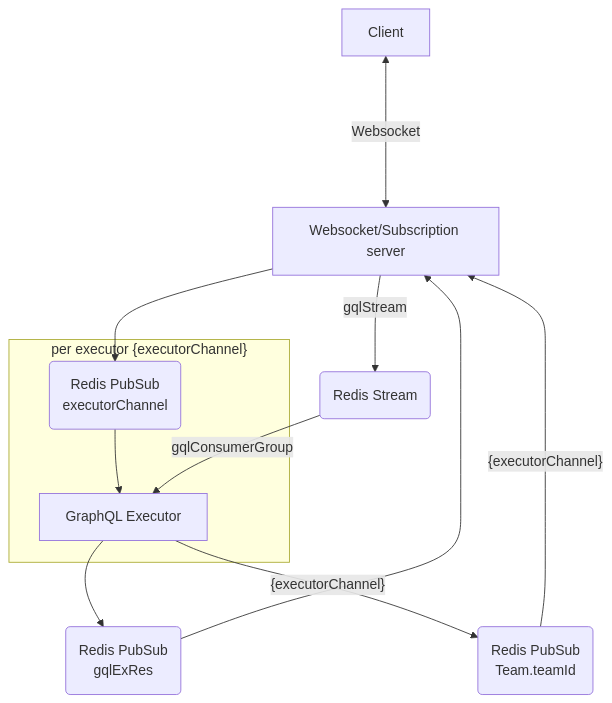
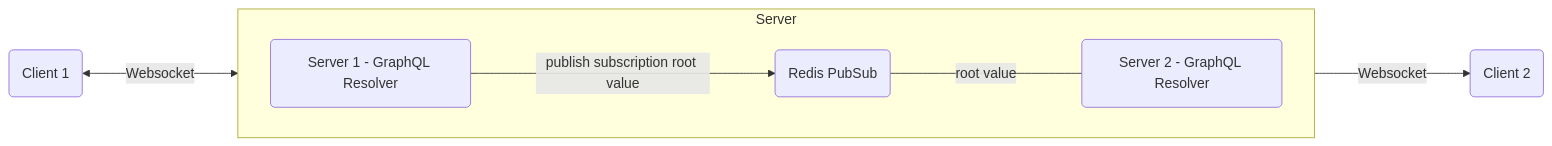
The first of 2 diagrams in docs/serviceDiagram.md (ParabolInc/parabol), drawn with Mermaid before and after one commit. The commit also changed other lines of this file, not shown here.

Commit message:
chore: Update service diagram (#11168)

````diff
--- a/docs/serviceDiagram.md
+++ b/docs/serviceDiagram.md
@@ -9,23 +10,18 @@
 ```mermaid
-flowchart TD
-  Client
-  Server[Websocket/Subscription server]
-  RedisStream(Redis Stream)
-  RedisResultPubSub(Redis PubSub\ngqlExRes)
-  RedisSubscriptionPubSub(Redis PubSub\nTeam.teamId)
-  subgraph "per executor {executorChannel}"
-    GQLExecutor[GraphQL Executor]
-    RedisServerPubSub(Redis PubSub\nexecutorChannel)
-    RedisServerPubSub --> GQLExecutor
-  end
+flowchart LR
+  Client1(Client 1)
+  Client2(Client 2)
+  Server1(Server 1 - GraphQL Resolver)
+  Server2(Server 2 - GraphQL Resolver)
+  RedisSubscriptionPubSub(Redis PubSub)
 
-  click Server "../packages/server/server.ts"
+  click Server1 "../packages/server/server.ts"
 
-  Client <---->|Websocket| Server
-  Server -->|gqlStream| RedisStream -->|gqlConsumerGroup| GQLExecutor
-  GQLExecutor --> RedisResultPubSub
-  GQLExecutor --> |"{executorChannel}"| RedisSubscriptionPubSub
-  RedisSubscriptionPubSub --> |"{executorChannel}"|Server
-  Server --> RedisServerPubSub
-  RedisResultPubSub --> Server
+  Client1 <--->|Websocket| Server1
+  Server2 --->|Websocket| Client2
+subgraph Server
+  direction LR
+  Server1 --->|publish subscription root value| RedisSubscriptionPubSub
+  RedisSubscriptionPubSub <---|root value| Server2
+end
 ```
````
